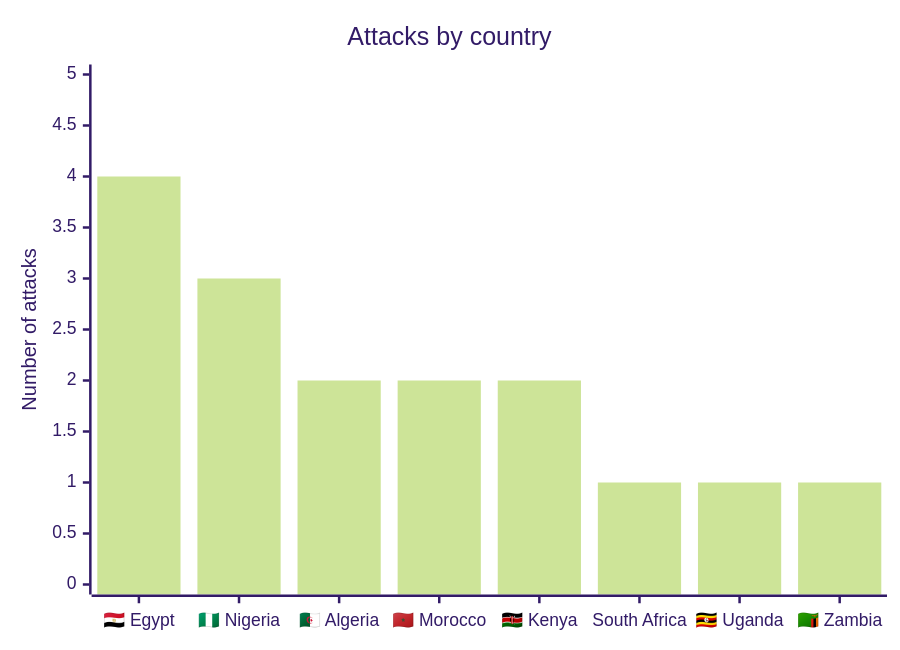
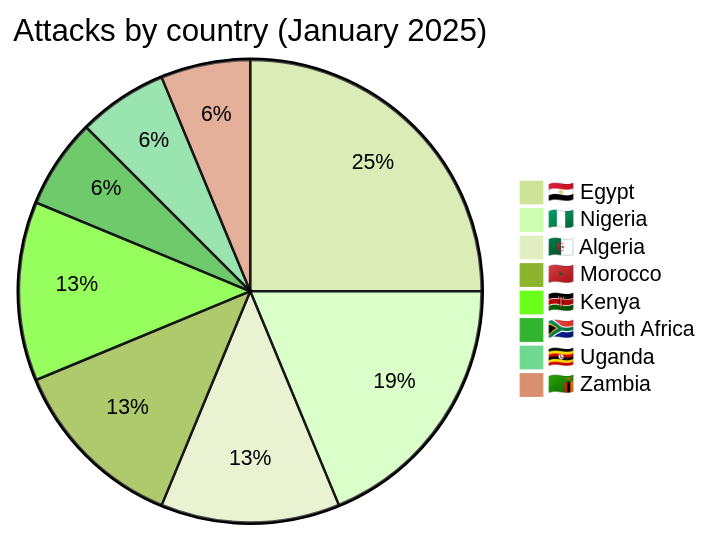
Before and after one commit to Hatchepsoute/AFRINTEL: the first of 3 diagrams in reports/2025/01-january/README.md, drawn with Mermaid (forest theme). The commit also changed 7 other files, not shown here.

````diff
--- a/reports/2025/01-january/README.md
+++ b/reports/2025/01-january/README.md
@@ -70,7 +70,11 @@
 ```mermaid
-xychart-beta
-    title "Attacks by country"
-    x-axis ["🇪🇬 Egypt", "🇳🇬 Nigeria", "🇩🇿 Algeria", "🇲🇦 Morocco", "🇰🇪 Kenya", "South Africa", "🇺🇬 Uganda", "🇿🇲 Zambia"]
-    y-axis "Number of attacks" 0 --> 5
-    bar [4, 3, 2, 2, 2, 1, 1, 1]
+pie title Attacks by country (January 2025)
+    "🇪🇬 Egypt" : 4
+    "🇳🇬 Nigeria" : 3
+    "🇩🇿 Algeria" : 2
+    "🇲🇦 Morocco" : 2
+    "🇰🇪 Kenya" : 2
+    "🇿🇦 South Africa" : 1
+    "🇺🇬 Uganda" : 1
+    "🇿🇲 Zambia" : 1
 ```
````
